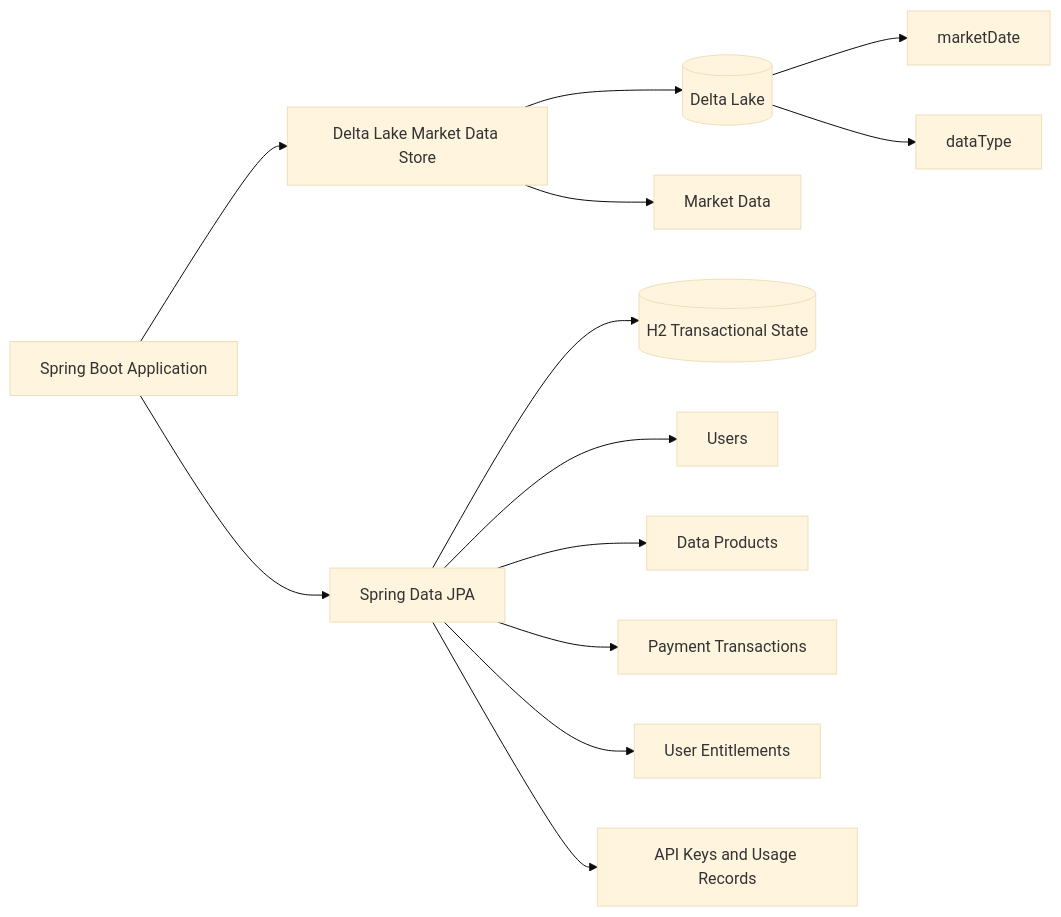
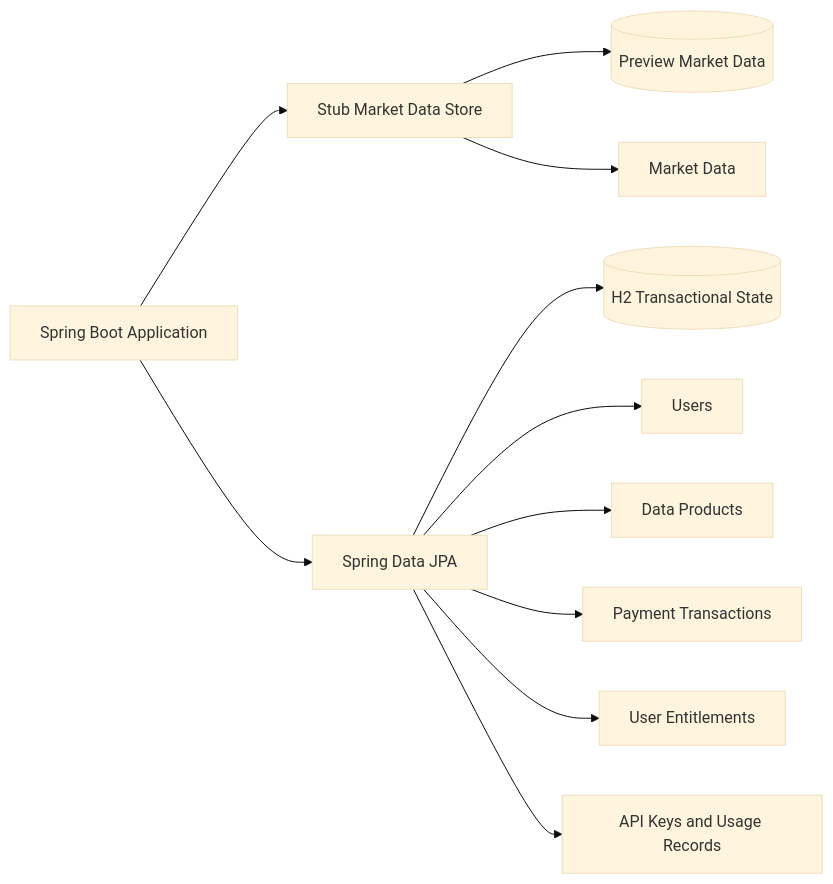
Before and after one commit to khab40/spring-boot-java-refresh: the diagram in docs/diagrams/adr-0002-persistence-architecture.md, drawn with Mermaid (base theme). The commit also changed 47 other files, not shown here.

Commit message:
feat: add email verification and Mailpit sandbox, isolate market-data runtime, and fix JWT secret decoding

````diff
--- a/docs/diagrams/adr-0002-persistence-architecture.md
+++ b/docs/diagrams/adr-0002-persistence-architecture.md
@@ -7,15 +7,13 @@
 ```mermaid
 graph LR
-    Api[Spring Boot Application] --> DeltaStore[Delta Lake Market Data Store]
+    Api[Spring Boot Application] --> StubStore[Stub Market Data Store]
     Api --> JPA[Spring Data JPA]
-    DeltaStore --> Delta[(Delta Lake)]
-    Delta --> DatePartition[marketDate]
-    Delta --> TypePartition[dataType]
+    StubStore --> Preview[(Preview Market Data)]
     JPA --> H2[(H2 Transactional State)]
     JPA --> Users[Users]
     JPA --> Products[Data Products]
     JPA --> Payments[Payment Transactions]
     JPA --> Entitlements[User Entitlements]
     JPA --> Keys[API Keys and Usage Records]
-    DeltaStore --> Market[Market Data]
+    StubStore --> Market[Market Data]
 ```
````
